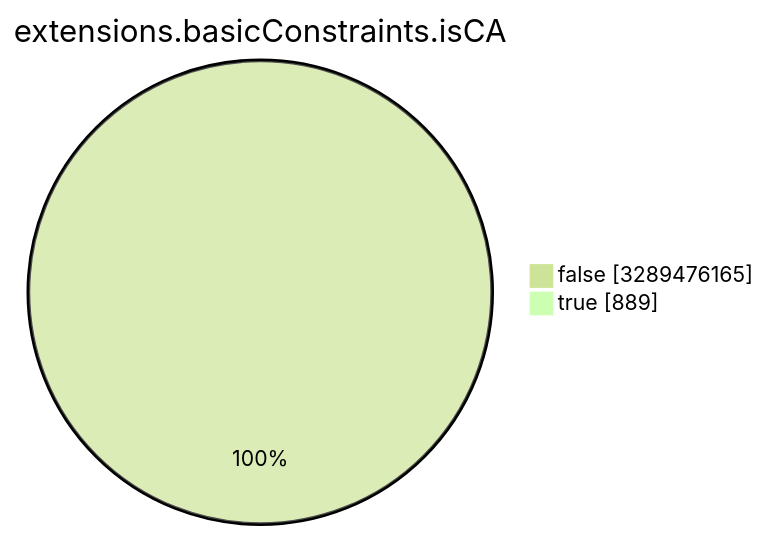
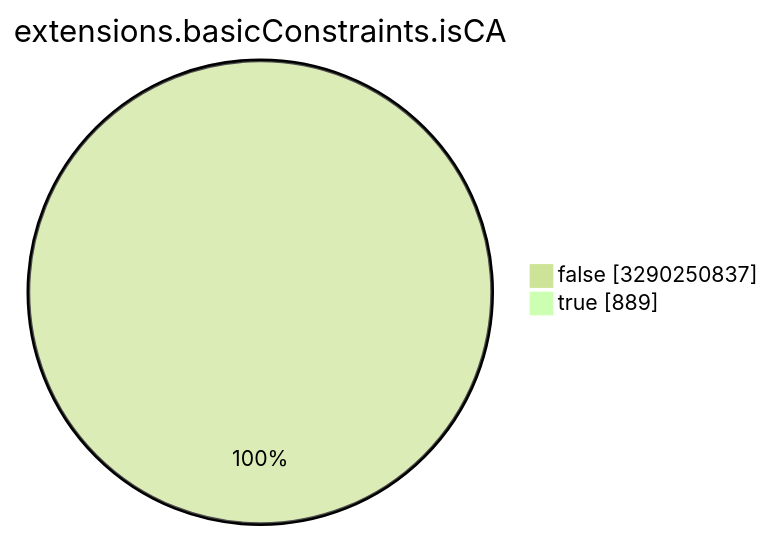
Before and after one commit to christiankrug/ctmonitor_visualization: the seventh of 15 diagrams in TOTAL/README.md, drawn with Mermaid (forest theme). The commit also changed other lines of this file, not shown here.

````diff
--- a/TOTAL/README.md
+++ b/TOTAL/README.md
@@ -3089,6 +3089,6 @@
 ```mermaid
 pie showData
 title extensions.basicConstraints.isCA
-"false" :3289476165
+"false" :3290250837
 "true" :889
 ```
````
